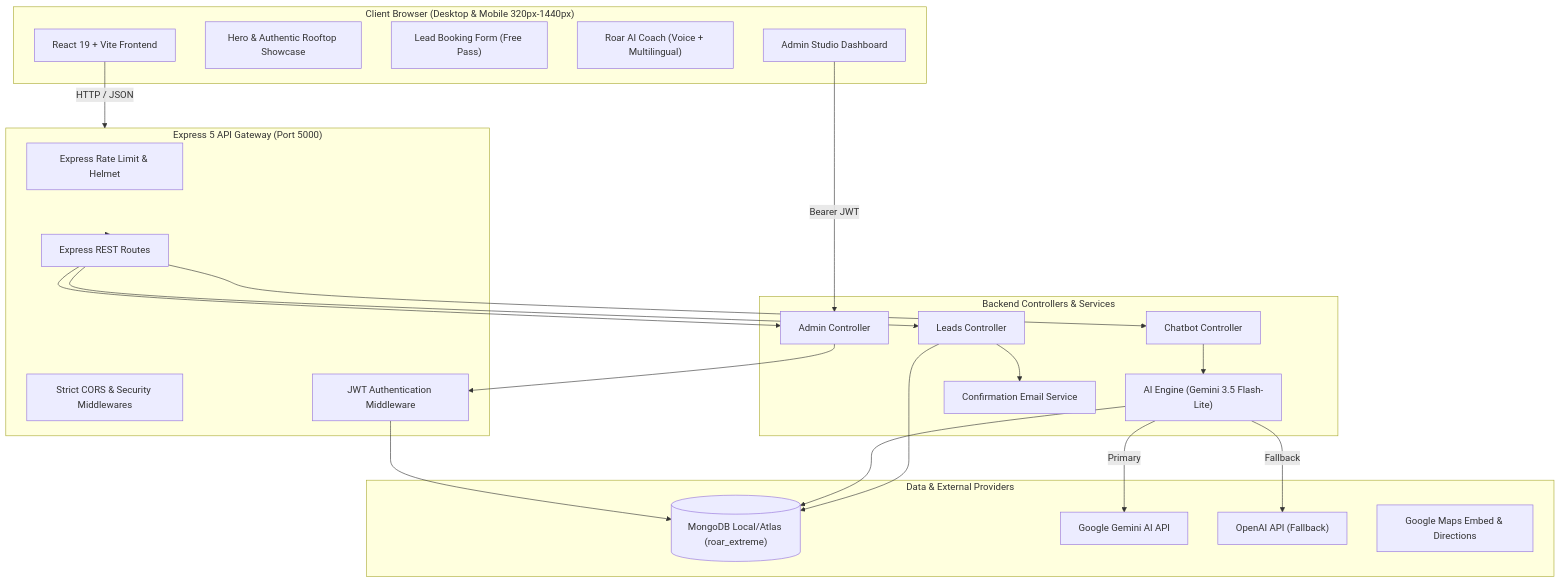
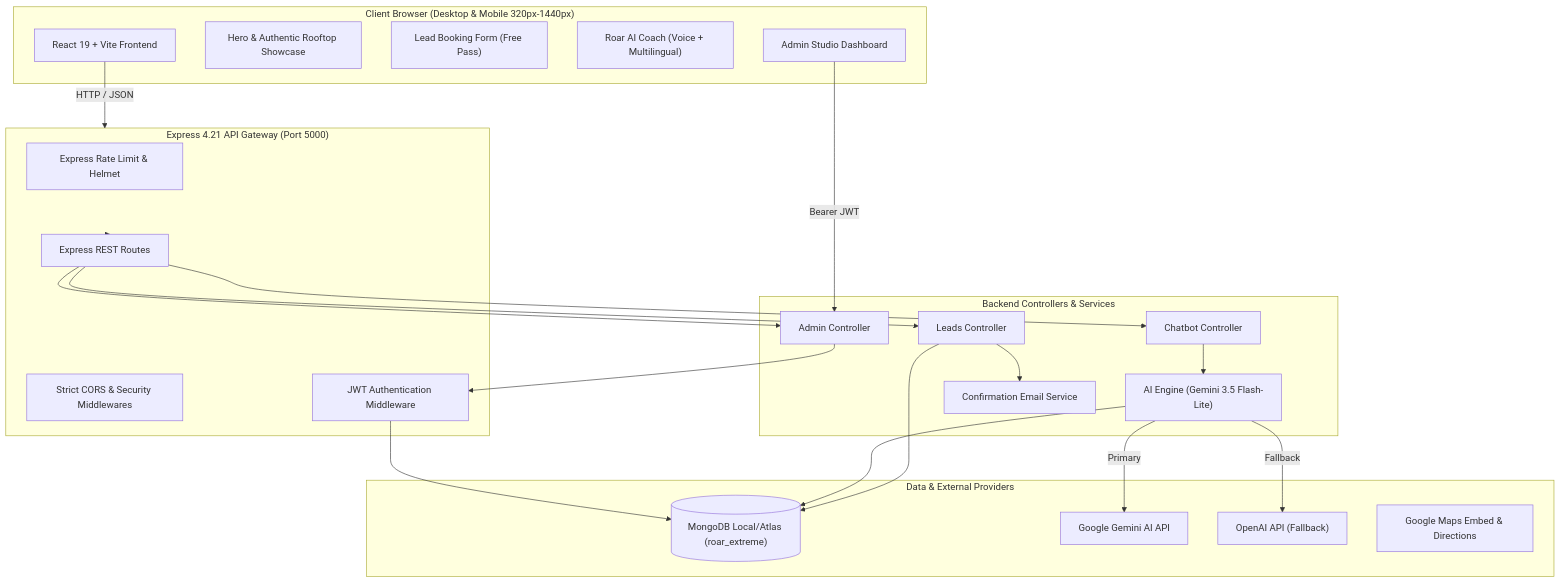
Before and after one commit to gary-production-ft/roar_extreme: the first of 2 diagrams in README.md, drawn with Mermaid. The commit also changed other lines of this file and 14 other files, not shown here.

````diff
--- a/README.md
+++ b/README.md
@@ -86,50 +86,50 @@
 ```mermaid
 flowchart TD
     subgraph Client ["Client Browser (Desktop & Mobile 320px-1440px)"]
         UI["React 19 + Vite Frontend"]
         Hero["Hero & Authentic Rooftop Showcase"]
         Reg["Lead Booking Form (Free Pass)"]
         Chat["Roar AI Coach (Voice + Multilingual)"]
         AdminUI["Admin Studio Dashboard"]
     end
 
-    subgraph Gateway ["Express 5 API Gateway (Port 5000)"]
+    subgraph Gateway ["Express 4.21 API Gateway (Port 5000)"]
         RateLimit["Express Rate Limit & Helmet"]
         CORS["Strict CORS & Security Middlewares"]
         AuthMiddleware["JWT Authentication Middleware"]
         Router["Express REST Routes"]
     end
 
     subgraph Controllers ["Backend Controllers & Services"]
         LeadCtrl["Leads Controller"]
         ChatCtrl["Chatbot Controller"]
         AdminCtrl["Admin Controller"]
         AIService["AI Engine (Gemini 3.5 Flash-Lite)"]
         EmailService["Confirmation Email Service"]
     end
 
     subgraph DataStore ["Data & External Providers"]
         Mongo[("MongoDB Local/Atlas (roar_extreme)")]
         GeminiAPI["Google Gemini AI API"]
         OpenAIAPI["OpenAI API (Fallback)"]
         GoogleMaps["Google Maps Embed & Directions"]
     end
 
     UI -->|HTTP / JSON| Gateway
     Gateway --> Router
     Router --> LeadCtrl
     Router --> ChatCtrl
     Router --> AdminCtrl
 
     LeadCtrl --> Mongo
     LeadCtrl --> EmailService
 
     ChatCtrl --> AIService
     AIService -->|Primary| GeminiAPI
     AIService -->|Fallback| OpenAIAPI
     AIService --> Mongo
 
     AdminCtrl --> AuthMiddleware
     AuthMiddleware --> Mongo
     AdminUI -->|Bearer JWT| AdminCtrl
 ```
````
